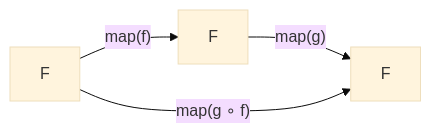
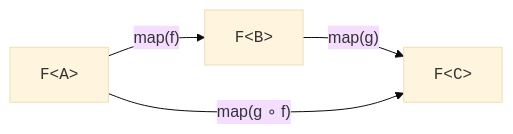
The diagram in content/learn/functional-programming-typescript/category-theory-intuitions.mdx (dataslope/dataslope), drawn with Mermaid (base theme) before and after one commit. The commit also changed 153 other files, not shown here.

First line of the commit message:
Render code-only mermaid shapes in monospace; convert step sequences to Steps

````diff
--- a/content/learn/functional-programming-typescript/category-theory-intuitions.mdx
+++ b/content/learn/functional-programming-typescript/category-theory-intuitions.mdx
@@ -77,6 +77,6 @@
 ```mermaid
 flowchart LR
-    A["F<A>"] -- "map(f)" --> B["F<B>"]
-    B -- "map(g)" --> C["F<C>"]
+    A["<code>F&lt;A&gt;</code>"] -- "map(f)" --> B["<code>F&lt;B&gt;</code>"]
+    B -- "map(g)" --> C["<code>F&lt;C&gt;</code>"]
     A -- "map(g ∘ f)" --> C
 ```
````
